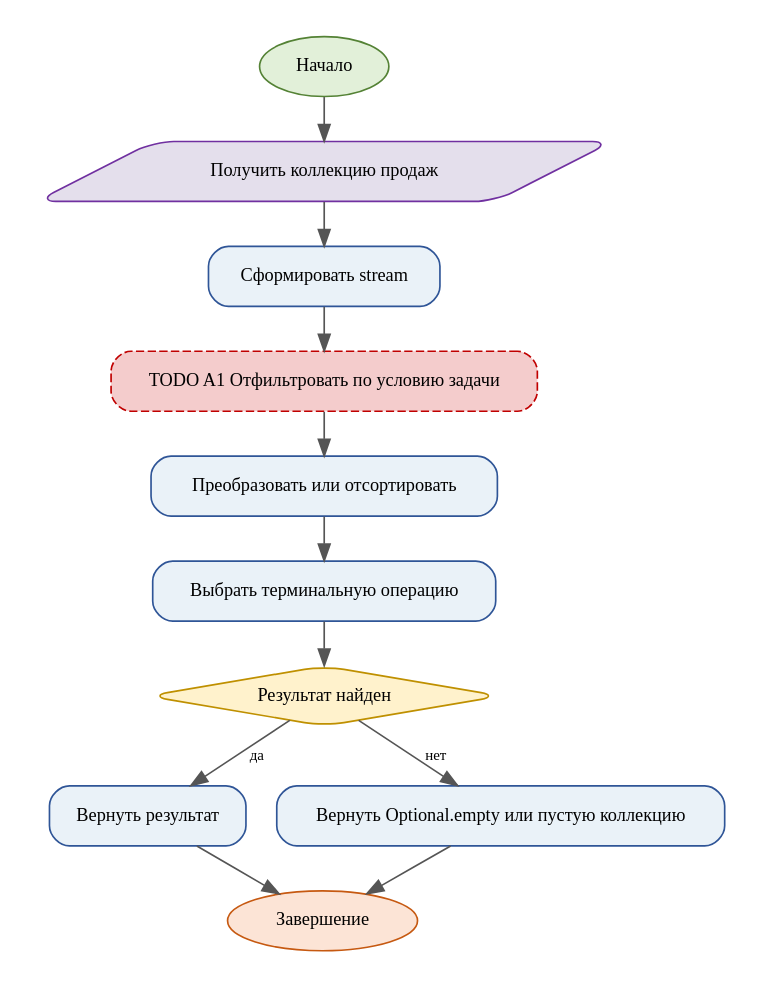
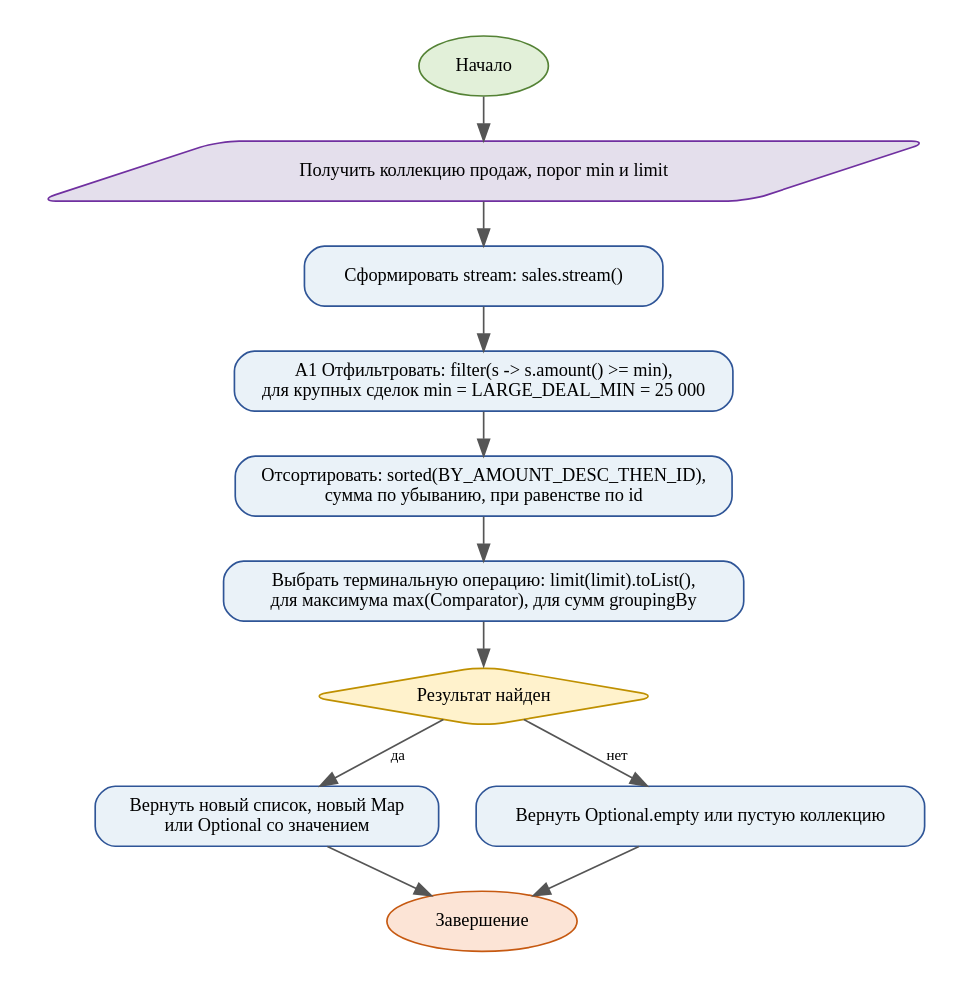
Before and after one commit to svpeditor/pr12-klimashevskiy-da: the diagram in diagrams/activity.dot, drawn with Graphviz. The commit also changed 3 other files, not shown here.

Commit message:
Итоговые activity-диаграмма и диаграмма классов

```diff
--- a/diagrams/activity.dot
+++ b/diagrams/activity.dot
@@ -1,25 +1,25 @@
 digraph G {
-graph [rankdir=TB, bgcolor="white", pad=0.2, nodesep=0.25, ranksep=0.35];
+graph [rankdir=TB, bgcolor="white", pad=0.2, nodesep=0.3, ranksep=0.35];
 node [shape=box, style="rounded,filled", fontname="Times New Roman", fontsize=11, color="#2F5597", fillcolor="#EAF2F8", margin="0.12,0.08"];
 edge [fontname="Times New Roman", fontsize=9, color="#555555"];
 start [label="Начало", shape=oval, fillcolor="#E2F0D9", color="#548235"];
 end [label="Завершение", shape=oval, fillcolor="#FCE4D6", color="#C65911"];
-n1 [label="Получить коллекцию продаж" ,shape=parallelogram,fillcolor="#E4DFEC",color="#7030A0"];
-n2 [label="Сформировать stream" ];
-n3 [label="TODO A1 Отфильтровать по условию задачи" ,fillcolor="#F4CCCC",color="#C00000",style="rounded,dashed,filled"];
-n4 [label="Преобразовать или отсортировать" ];
-n5 [label="Выбрать терминальную операцию" ];
+n1 [label="Получить коллекцию продаж, порог min и limit" ,shape=parallelogram,fillcolor="#E4DFEC",color="#7030A0"];
+n2 [label="Сформировать stream: sales.stream()"];
+n3 [label="A1 Отфильтровать: filter(s -> s.amount() >= min),\nдля крупных сделок min = LARGE_DEAL_MIN = 25 000"];
+n4 [label="Отсортировать: sorted(BY_AMOUNT_DESC_THEN_ID),\nсумма по убыванию, при равенстве по id"];
+n5 [label="Выбрать терминальную операцию: limit(limit).toList(),\nдля максимума max(Comparator), для сумм groupingBy"];
 n6 [label="Результат найден" ,shape=diamond,fillcolor="#FFF2CC",color="#BF9000"];
-n7 [label="Вернуть результат" ];
-n8 [label="Вернуть Optional.empty или пустую коллекцию" ];
+n7 [label="Вернуть новый список, новый Map\nили Optional со значением"];
+n8 [label="Вернуть Optional.empty или пустую коллекцию"];
 start -> n1;
 n1 -> n2;
 n2 -> n3;
 n3 -> n4;
 n4 -> n5;
 n5 -> n6;
 n6 -> n7 [label="да"];
 n6 -> n8 [label="нет"];
 n7 -> end;
 n8 -> end;
 }
```
